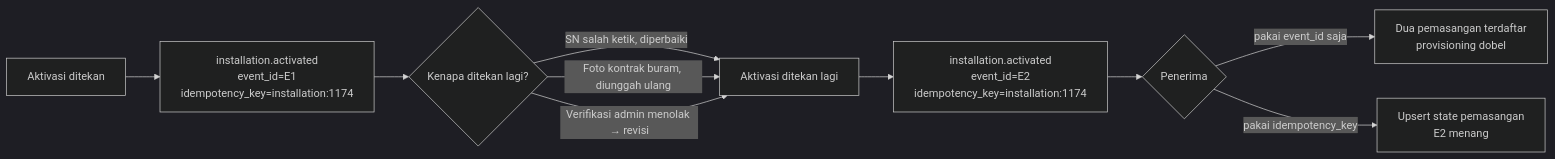
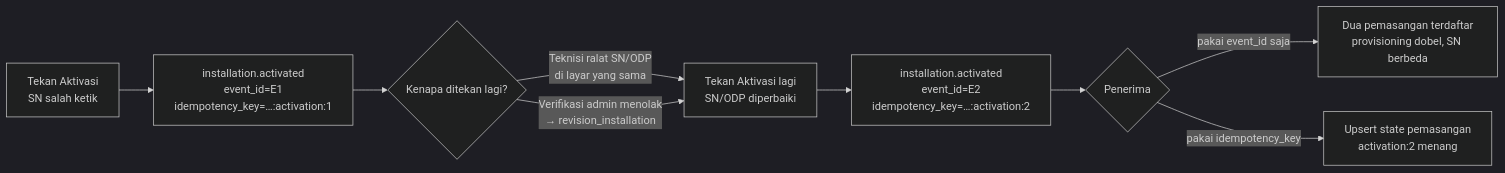
The second of 6 diagrams in docs/api/flowchart.md (YofhiFauda/whusnet-operasional), drawn with Mermaid (dark theme) before and after one commit. The commit also changed other lines of this file and 9 other files, not shown here.

````diff
--- a/docs/api/flowchart.md
+++ b/docs/api/flowchart.md
@@ -82,12 +88,11 @@
 ```mermaid
 flowchart LR
-    A[Aktivasi ditekan] --> B["installation.activated<br/>event_id=E1<br/>idempotency_key=installation:1174"]
+    A[Tekan Aktivasi<br/>SN salah ketik] --> B["installation.activated<br/>event_id=E1<br/>idempotency_key=…:activation:1"]
     B --> C{Kenapa ditekan lagi?}
-    C -->|SN salah ketik, diperbaiki| E
-    C -->|Foto kontrak buram, diunggah ulang| E
-    C -->|Verifikasi admin menolak → revisi| E
-    E[Aktivasi ditekan lagi] --> F["installation.activated<br/>event_id=E2<br/>idempotency_key=installation:1174"]
+    C -->|"Teknisi ralat SN/ODP<br/>di layar yang sama"| E
+    C -->|"Verifikasi admin menolak<br/>→ revision_installation"| E[Tekan Aktivasi lagi<br/>SN/ODP diperbaiki]
+    E --> F["installation.activated<br/>event_id=E2<br/>idempotency_key=…:activation:2"]
     F --> G{Penerima}
-    G -->|"pakai event_id saja"| H[Dua pemasangan terdaftar<br/>provisioning dobel]
-    G -->|"pakai idempotency_key"| I[Upsert state pemasangan<br/>E2 menang]
+    G -->|"pakai event_id saja"| H[Dua pemasangan terdaftar<br/>provisioning dobel, SN berbeda]
+    G -->|"pakai idempotency_key"| I[Upsert state pemasangan<br/>activation:2 menang]
 ```
````
